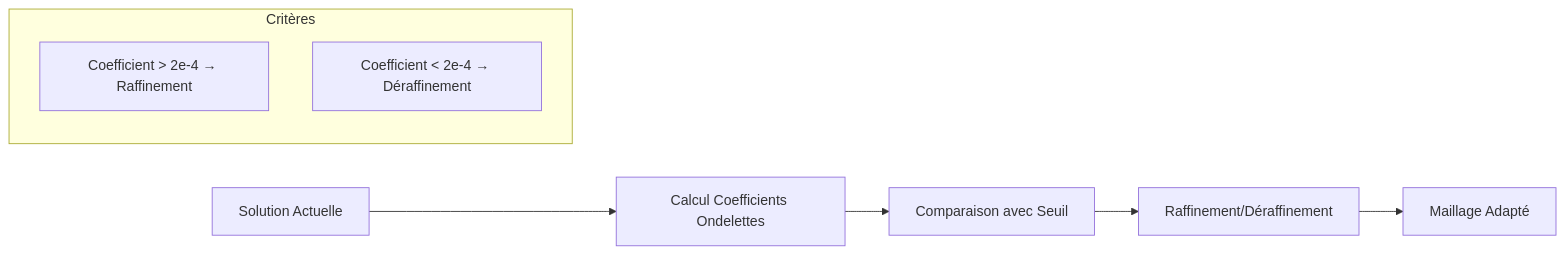
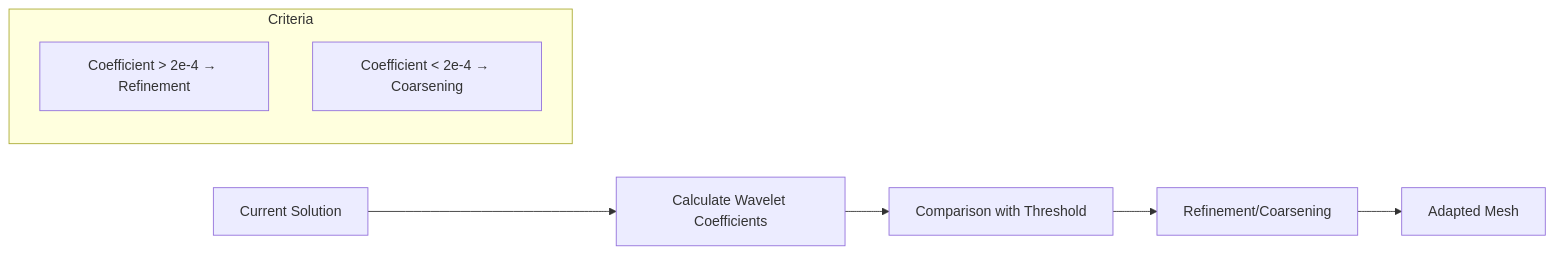
Before and after one commit to sbstndb/samurai: the third of 5 diagrams in docs/advection_2d_test_case.md, drawn with Mermaid. The commit also changed other lines of this file and 8 other files, not shown here.

````diff
--- a/docs/advection_2d_test_case.md
+++ b/docs/advection_2d_test_case.md
@@ -336,12 +336,12 @@
 ```mermaid
 graph LR
-    A[Solution Actuelle] --> B[Calcul Coefficients Ondelettes]
-    B --> C[Comparaison avec Seuil]
-    C --> D[Raffinement/Déraffinement]
-    D --> E[Maillage Adapté]
+    A[Current Solution] --> B[Calculate Wavelet Coefficients]
+    B --> C[Comparison with Threshold]
+    C --> D[Refinement/Coarsening]
+    D --> E[Adapted Mesh]
     
-    subgraph "Critères"
-        F[Coefficient > 2e-4 → Raffinement]
-        G[Coefficient < 2e-4 → Déraffinement]
+    subgraph "Criteria"
+        F[Coefficient > 2e-4 → Refinement]
+        G[Coefficient < 2e-4 → Coarsening]
     end
 ```
````
